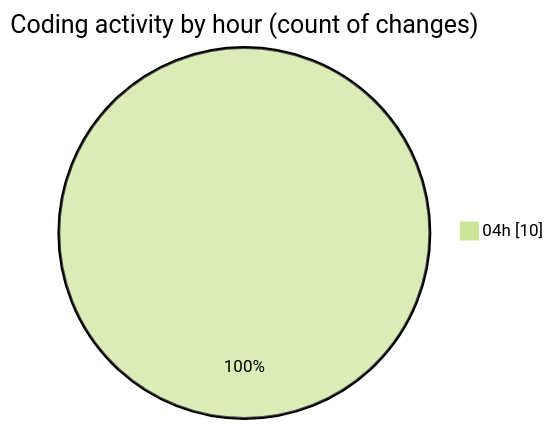
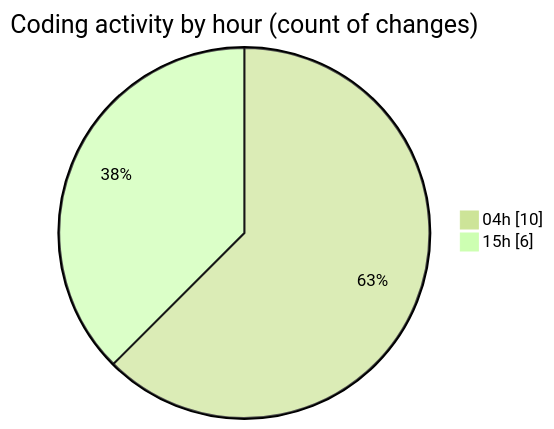
One commit to charlie-sans/code-tracking changed the second of 2 diagrams in 2025-03-17/sharpmasm/README.md. Above: the diagram before and after it, drawn with Mermaid (forest theme). The commit also changed other lines of this file and 1 other file, not shown here.

````diff
--- a/2025-03-17/sharpmasm/README.md
+++ b/2025-03-17/sharpmasm/README.md
@@ -33,5 +33,6 @@
 ```mermaid
 pie showData
 title Coding activity by hour (count of changes)
 "04h" : 10
+"15h" : 6
 ```
````
